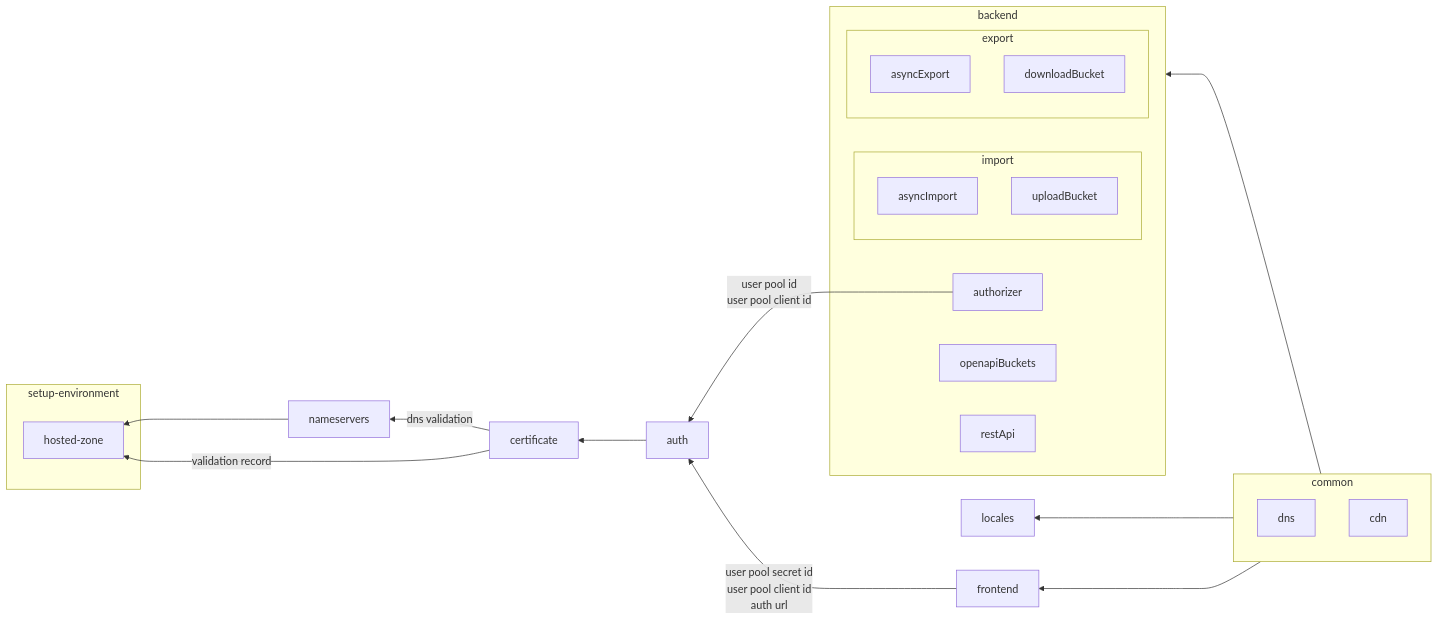
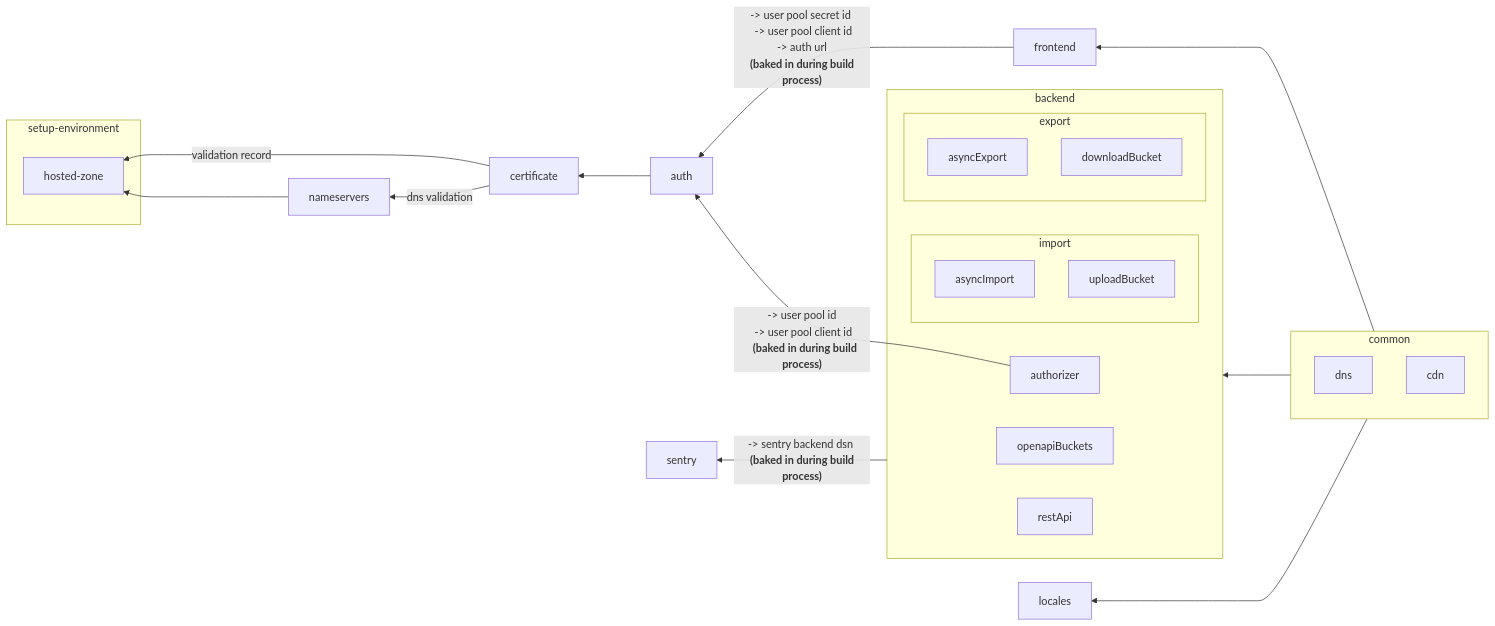
One commit to tabiya-tech/taxonomy-model-application changed the diagram in iac/README.md. Above: the diagram before and after it, drawn with Mermaid. The commit also changed other lines of this file, not shown here.

````diff
--- a/iac/README.md
+++ b/iac/README.md
@@ -61,40 +62,41 @@
 ```mermaid
 flowchart RL
     subgraph setup-environment
         hosted-zone
     end
 
     subgraph common
         dns
         cdn
     end
     subgraph backend
         subgraph import
             asyncImport
             uploadBucket
         end
         subgraph export
             asyncExport
             downloadBucket
         end
         authorizer
         openapiBuckets
         restApi
     end
 
     common--->frontend;
     common--->backend;
     locales
 
-
     auth ---> certificate
 
     nameservers ---> hosted-zone
 
     certificate --validation record--> hosted-zone
     certificate --dns validation--> nameservers
 
     common--->locales
-    authorizer--user pool id\nuser pool client id-->auth
-    frontend--user pool secret id\nuser pool client id\nauth url-->auth
+    authorizer--"` -> user pool id</br>  -> user pool client id </br>   **(baked in during build process)**`"-->auth
+    frontend--"`-> user pool secret id </br>  -> user pool client id </br> -> auth url </br> **(baked in during build process)**`"-->auth
+
+    backend --"` -> sentry backend dsn </br> **(baked in during build process)**`"-->sentry
 ```
````
